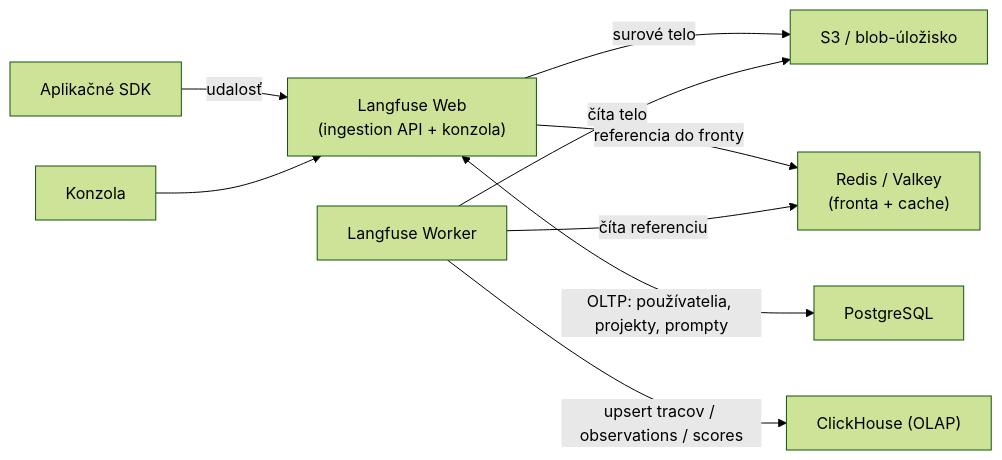
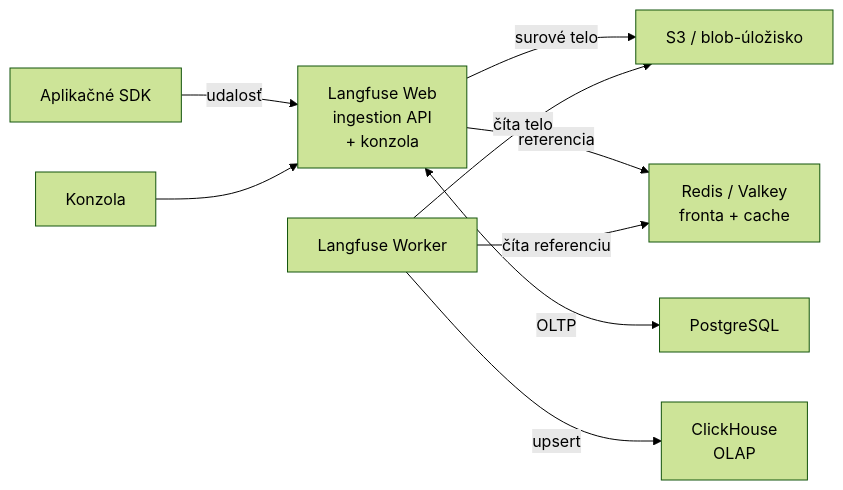
Before and after one commit to NikolaiSachok/ai-engineering-handbook: the first of 2 diagrams in i18n/sk/docusaurus-plugin-content-docs/current/part-3-production/tooling-ecosystem/deep-dive.md, drawn with Mermaid (forest theme). The commit also changed other lines of this file and 75 other files, not shown here.

First line of the commit message:
fix(diagrams): re-author wide diagrams, and measure the three locales the gate never saw (#441)

````diff
--- a/i18n/sk/docusaurus-plugin-content-docs/current/part-3-production/tooling-ecosystem/deep-dive.md
+++ b/i18n/sk/docusaurus-plugin-content-docs/current/part-3-production/tooling-ecosystem/deep-dive.md
@@ -37,11 +37,11 @@
 ```mermaid
 flowchart LR
-    SDK["Aplikačné SDK"] -- "udalosť" --> WEB["Langfuse Web<br/>(ingestion API + konzola)"]
+    SDK["Aplikačné SDK"] -- "udalosť" --> WEB["Langfuse Web<br/>ingestion API<br/>+ konzola"]
     WEB -- "surové telo" --> S3["S3 / blob-úložisko"]
-    WEB -- "referencia do fronty" --> REDIS["Redis / Valkey<br/>(fronta + cache)"]
-    WEB <-- "OLTP: používatelia, projekty, prompty" --> PG["PostgreSQL"]
+    WEB -- "referencia" --> REDIS["Redis / Valkey<br/>fronta + cache"]
+    WEB <-- "OLTP" --> PG["PostgreSQL"]
     WORKER["Langfuse Worker"] -- "číta referenciu" --> REDIS
     WORKER -- "číta telo" --> S3
-    WORKER -- "upsert tracov / observations / scores" --> CH["ClickHouse (OLAP)"]
+    WORKER -- "upsert" --> CH["ClickHouse<br/>OLAP"]
     UI["Konzola"] --> WEB
 ```
````
